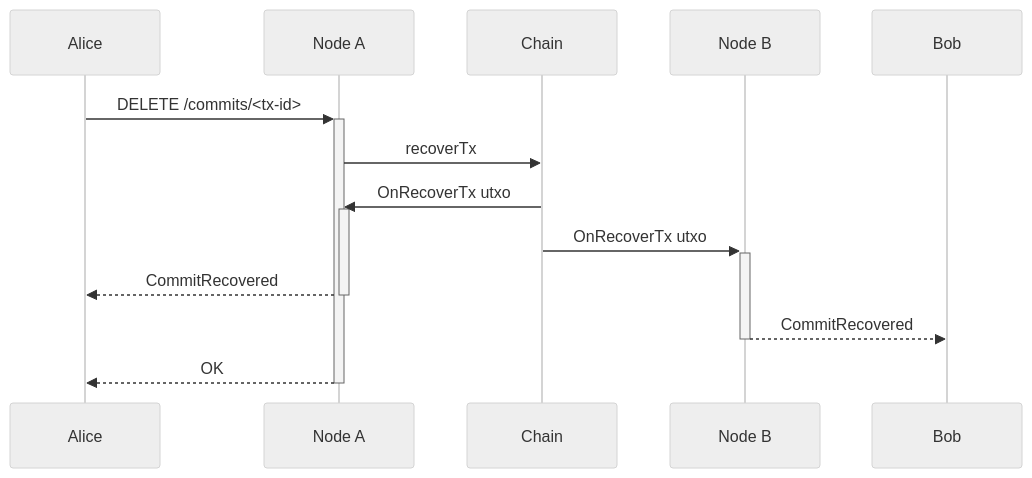
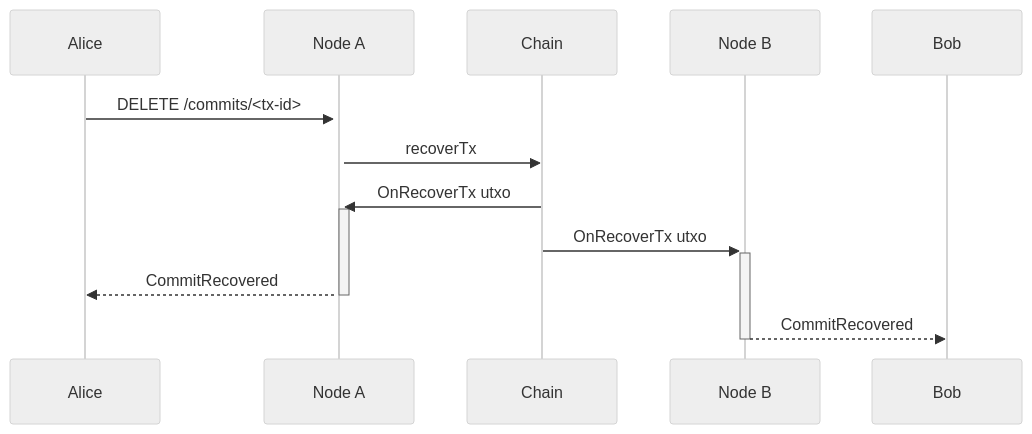
The second of 4 diagrams in docs/docs/dev/protocol.md (cardano-scaling/hydra), drawn with Mermaid (neutral theme) before and after one commit. The commit also changed other lines of this file and 97 other files, not shown here.

````diff
--- a/docs/docs/dev/protocol.md
+++ b/docs/docs/dev/protocol.md
@@ -100,11 +74,10 @@
 ```mermaid
 sequenceDiagram
     Alice->>+Node A: DELETE /commits/<tx-id>
     Node A->>Chain: recoverTx
     Chain ->>+ Node A: OnRecoverTx utxo
     Chain ->>+ Node B: OnRecoverTx utxo
     Node A -->>- Alice: CommitRecovered
     Node B -->>- Bob: CommitRecovered
-    Node A-->>-Alice: OK
 
 ```
````
